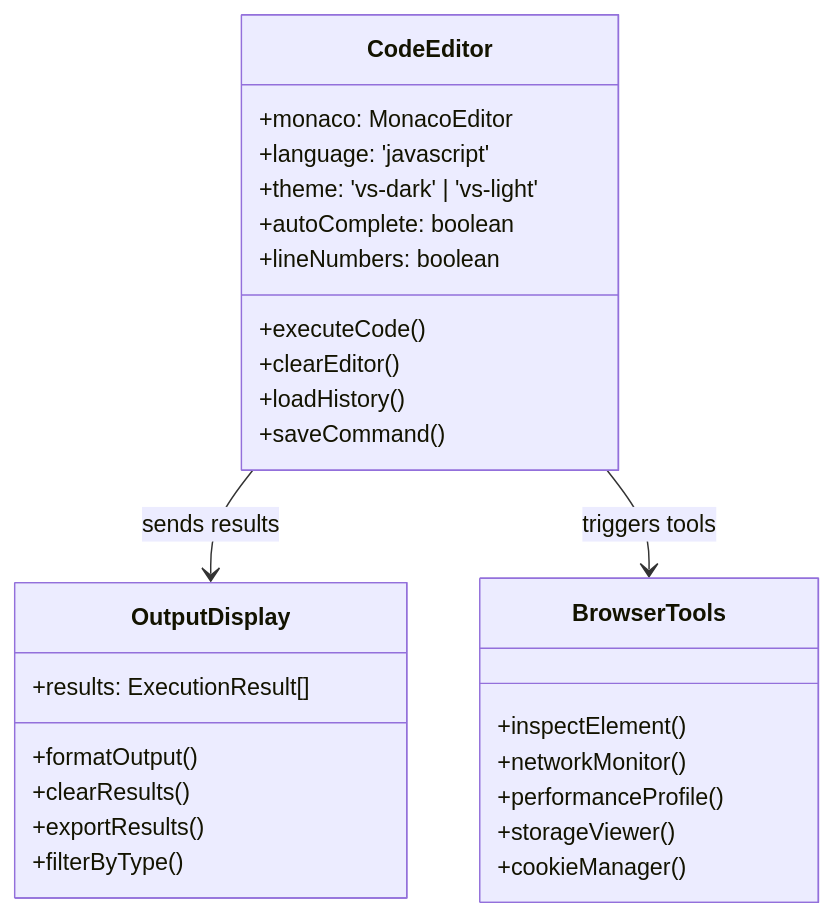
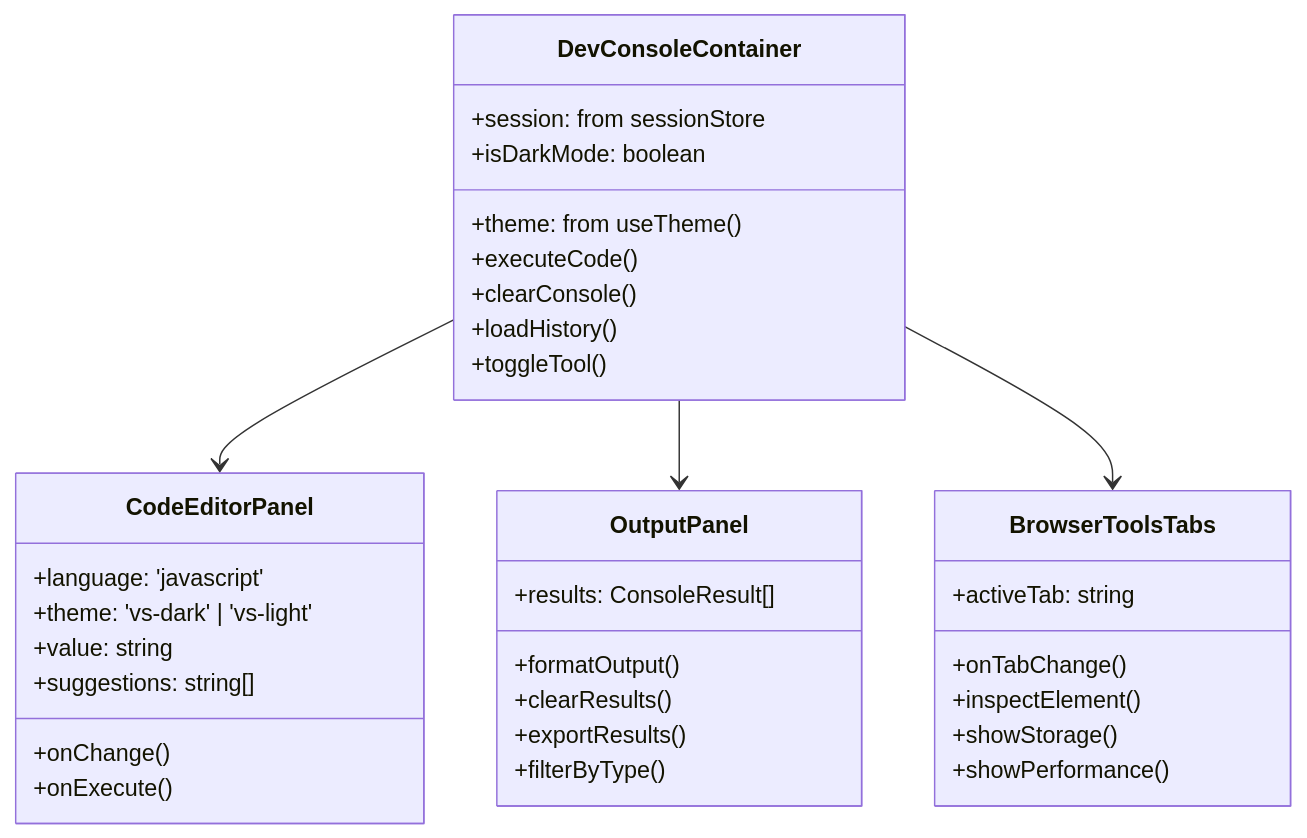
One commit to Jboner-Corvus/AgenticForge changed the second of 3 diagrams in .qoder/quests/dev-console-server.md. Above: the diagram before and after it, drawn with Mermaid. The commit also changed other lines of this file and 381 other files, not shown here.

First line of the commit message:
feat(dev-console): integrate browser-based developer console into frontend React app

````diff
--- a/.qoder/quests/dev-console-server.md
+++ b/.qoder/quests/dev-console-server.md
@@ -112,33 +121,41 @@
 ```mermaid
 classDiagram
-    class CodeEditor {
-        +monaco: MonacoEditor
+    class DevConsoleContainer {
+        +theme: from useTheme()
+        +session: from sessionStore
+        +isDarkMode: boolean
+        +executeCode()
+        +clearConsole()
+        +loadHistory()
+        +toggleTool()
+    }
+    
+    class CodeEditorPanel {
         +language: 'javascript'
         +theme: 'vs-dark' | 'vs-light'
-        +autoComplete: boolean
-        +lineNumbers: boolean
-        +executeCode()
-        +clearEditor()
-        +loadHistory()
-        +saveCommand()
+        +value: string
+        +onChange()
+        +onExecute()
+        +suggestions: string[]
     }
     
-    class OutputDisplay {
-        +results: ExecutionResult[]
+    class OutputPanel {
+        +results: ConsoleResult[]
         +formatOutput()
         +clearResults()
         +exportResults()
         +filterByType()
     }
     
-    class BrowserTools {
+    class BrowserToolsTabs {
+        +activeTab: string
+        +onTabChange()
         +inspectElement()
-        +networkMonitor()
-        +performanceProfile()
-        +storageViewer()
-        +cookieManager()
+        +showStorage()
+        +showPerformance()
     }
     
-    CodeEditor --> OutputDisplay : sends results
-    CodeEditor --> BrowserTools : triggers tools
+    DevConsoleContainer --> CodeEditorPanel
+    DevConsoleContainer --> OutputPanel
+    DevConsoleContainer --> BrowserToolsTabs
 ```
````
